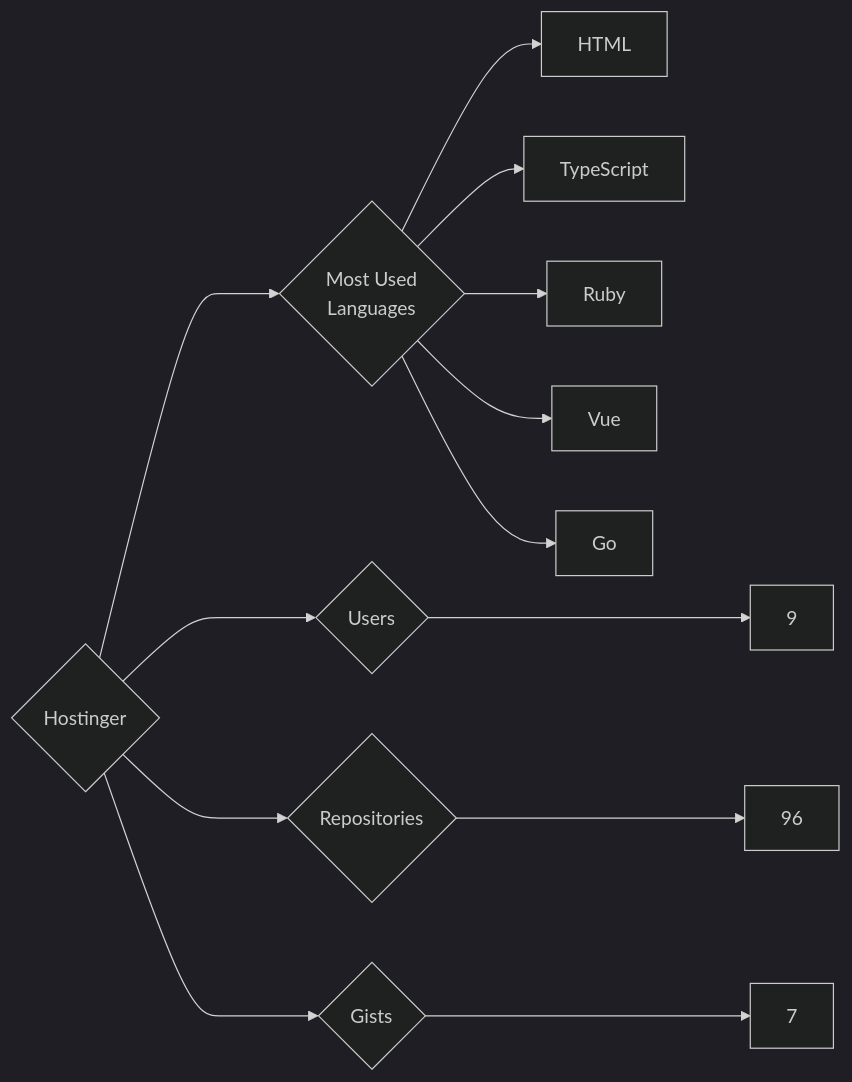
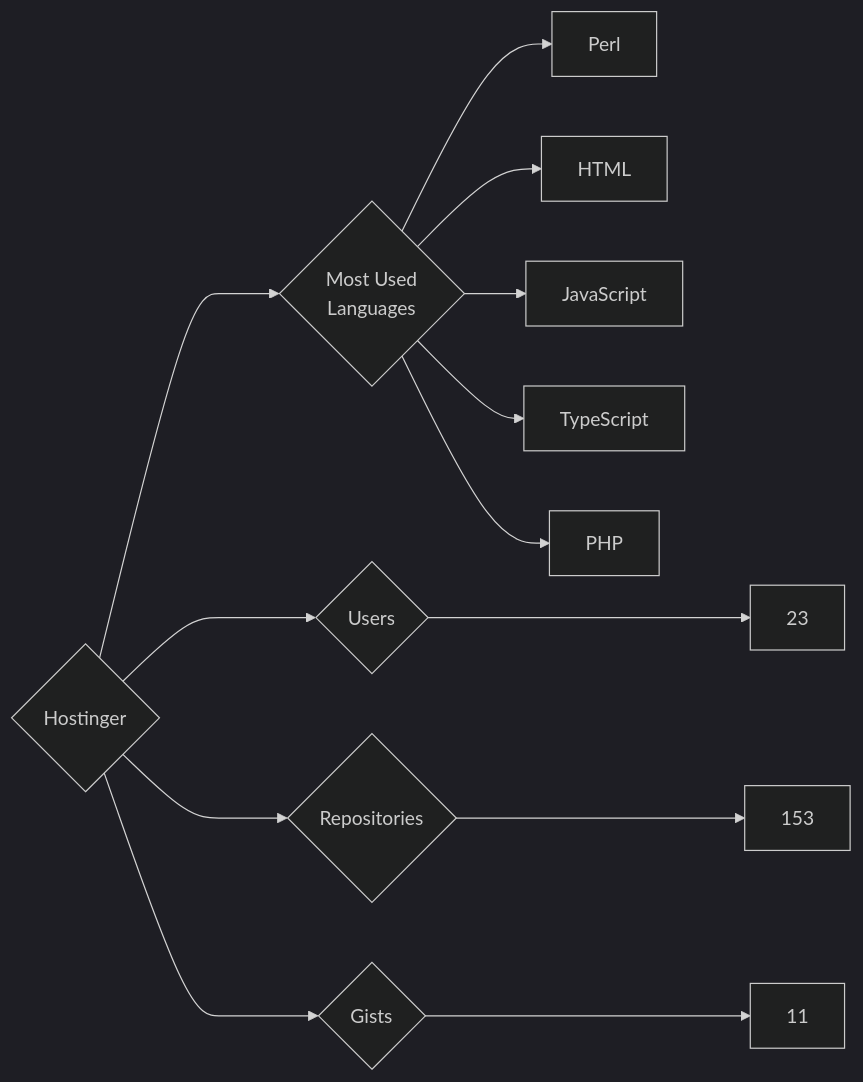
The diagram in targets/Hostinger/README.md (trickest/insiders), drawn with Mermaid (dark theme) before and after one commit. The commit also changed 440 other files, not shown here.

````diff
--- a/targets/Hostinger/README.md
+++ b/targets/Hostinger/README.md
@@ -3,13 +3,13 @@
 ```mermaid
 graph LR
 COMPANY_NAME{Hostinger}
-COMPANY_NAME ---> U{Users} ---> UN[9]
-COMPANY_NAME ---> R{Repositories} ---> RN[96]
-COMPANY_NAME ---> G{Gists} ---> GN[7]
+COMPANY_NAME ---> U{Users} ---> UN[23]
+COMPANY_NAME ---> R{Repositories} ---> RN[153]
+COMPANY_NAME ---> G{Gists} ---> GN[11]
 COMPANY_NAME ---> ML{Most Used<br>Languages}
+ML --> Perl[Perl]
 ML --> HTML[HTML]
+ML --> JavaScript[JavaScript]
 ML --> TypeScript[TypeScript]
-ML --> Ruby[Ruby]
-ML --> Vue[Vue]
-ML --> Go[Go]
+ML --> PHP[PHP]
 ```
````
